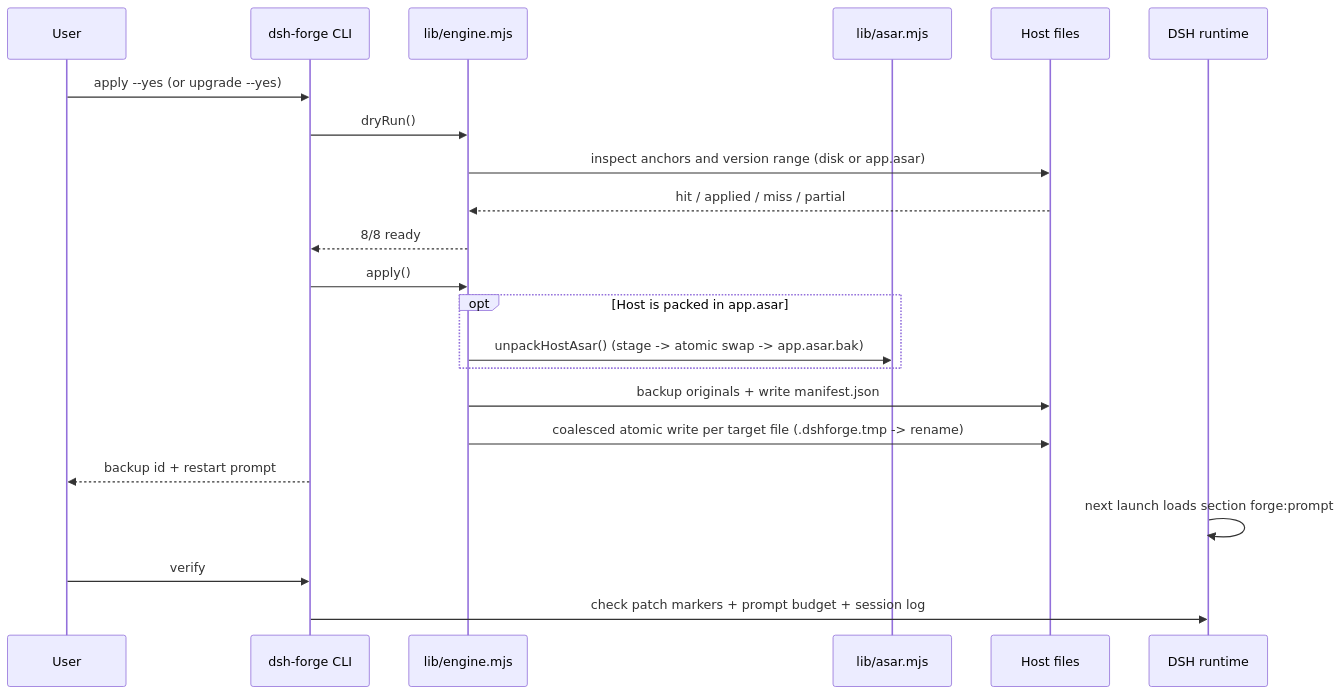
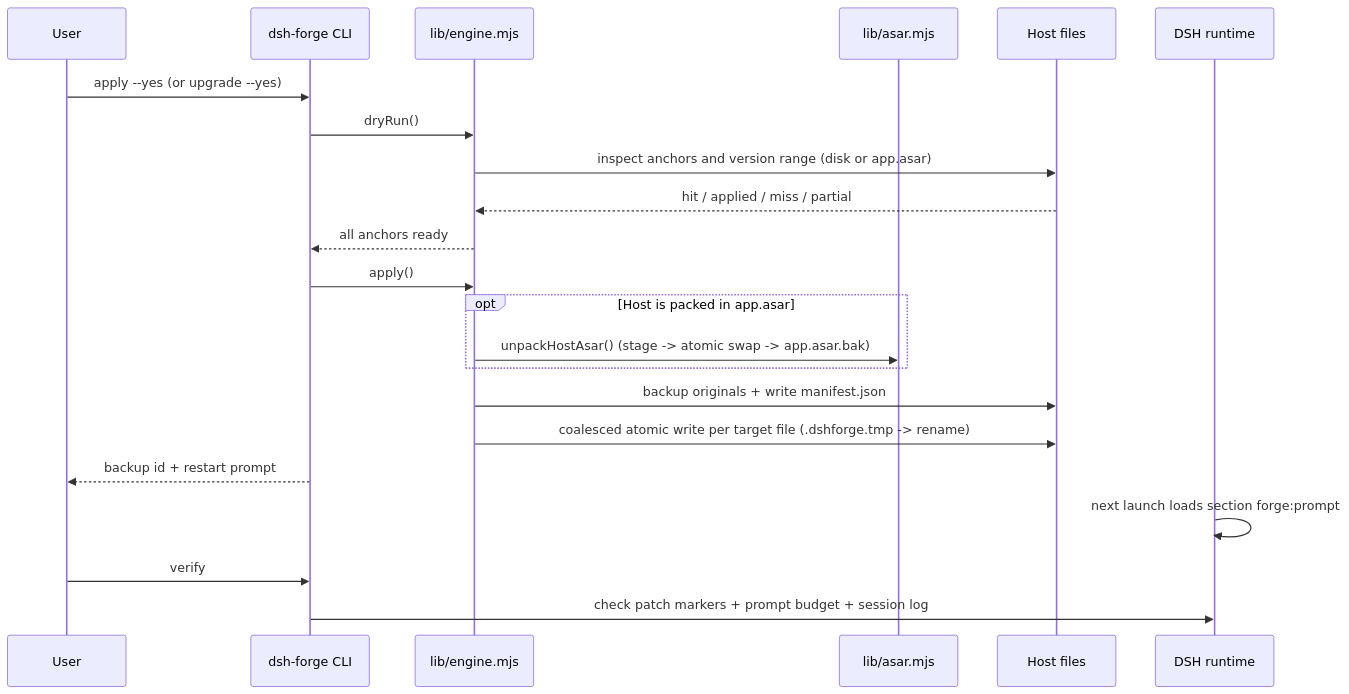
Before and after one commit to 1152405245hwc-coder/promptkeel: the first of 3 diagrams in docs/ARCHITECTURE.md, drawn with Mermaid. The commit also changed other lines of this file and 28 other files, not shown here.

````diff
--- a/docs/ARCHITECTURE.md
+++ b/docs/ARCHITECTURE.md
@@ -56,24 +62,24 @@
 ```mermaid
 sequenceDiagram
   participant U as User
   participant CLI as dsh-forge CLI
   participant E as lib/engine.mjs
   participant A as lib/asar.mjs
   participant H as Host files
   participant D as DSH runtime
   U->>CLI: apply --yes (or upgrade --yes)
   CLI->>E: dryRun()
   E->>H: inspect anchors and version range (disk or app.asar)
   H-->>E: hit / applied / miss / partial
-  E-->>CLI: 8/8 ready
+  E-->>CLI: all anchors ready
   CLI->>E: apply()
   opt Host is packed in app.asar
     E->>A: unpackHostAsar() (stage -> atomic swap -> app.asar.bak)
   end
   E->>H: backup originals + write manifest.json
   E->>H: coalesced atomic write per target file (.dshforge.tmp -> rename)
   CLI-->>U: backup id + restart prompt
   D->>D: next launch loads section forge:prompt
   U->>CLI: verify
   CLI->>D: check patch markers + prompt budget + session log
 ```
````
